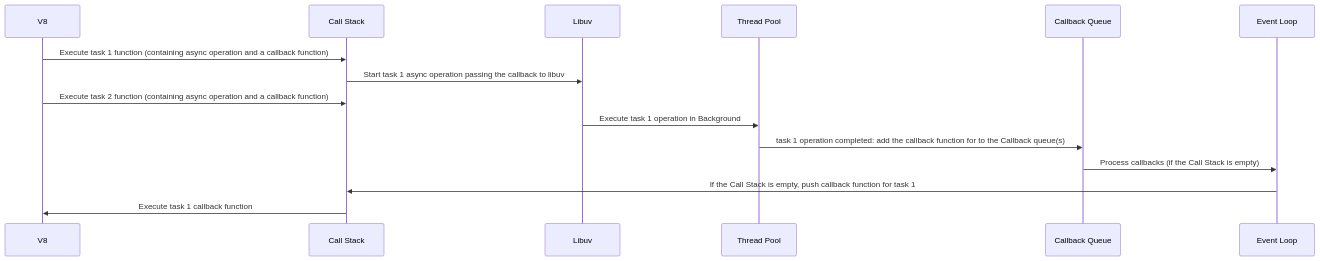
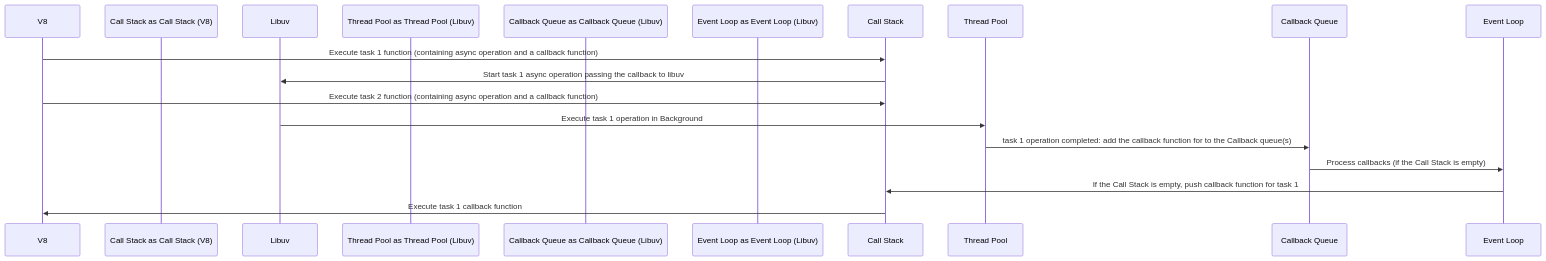
One commit to zsimo/node-by-example changed the diagram in node.md. Above: the diagram before and after it, drawn with Mermaid. The commit also changed other lines of this file and 3 other files, not shown here.

````diff
--- a/node.md
+++ b/node.md
@@ -60,20 +60,20 @@
 ```mermaid
 sequenceDiagram
     participant V8
-    participant Call Stack
+    participant Call Stack as Call Stack (V8)
     participant Libuv
-    participant Thread Pool
-    participant Callback Queue
-    participant Event Loop
+    participant Thread Pool as Thread Pool (Libuv)
+    participant Callback Queue as Callback Queue (Libuv)
+    participant Event Loop as Event Loop (Libuv)
 
     V8->>Call Stack: Execute task 1 function (containing async operation and a callback function)
     Call Stack->>Libuv: Start task 1 async operation passing the callback to libuv
     V8->>Call Stack: Execute task 2 function (containing async operation and a callback function)
 
     Libuv->>Thread Pool: Execute task 1 operation in Background
 
     Thread Pool->>Callback Queue: task 1 operation completed: add the callback function for to the Callback queue(s)
     Callback Queue->>Event Loop: Process callbacks (if the Call Stack is empty)
     Event Loop->>Call Stack: If the Call Stack is empty, push callback function for task 1
     Call Stack->>V8: Execute task 1 callback function
 ```
````
